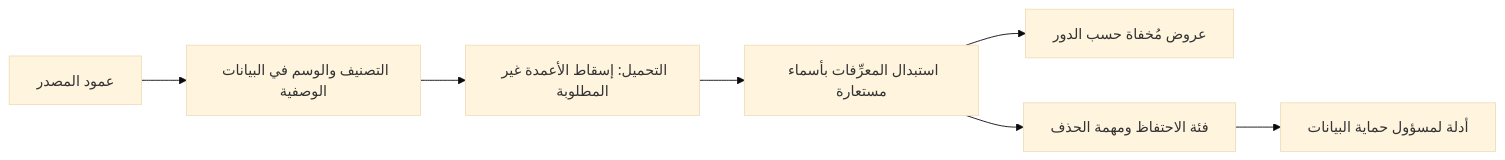
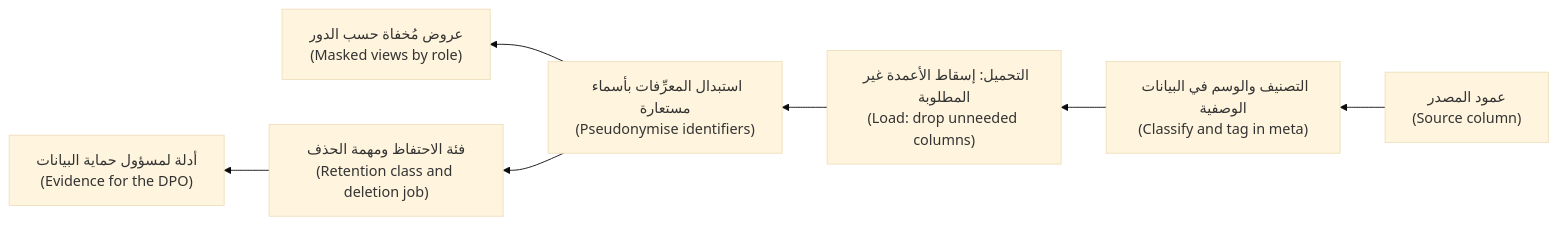
One commit to Tamoura/system-design-for-vibe-coders changed the second of 3 diagrams in data/modules/06-governance.ar.md. Above: the diagram before and after it, drawn with Mermaid (base theme). The commit also changed other lines of this file and 20 other files, not shown here.

First line of the commit message:
New courses: Arabic diagrams read right-to-left with English labels (modules 0–6)

````diff
--- a/data/modules/06-governance.ar.md
+++ b/data/modules/06-governance.ar.md
@@ -424,9 +424,9 @@
 ```mermaid
-flowchart LR
-    A["عمود المصدر"] --> B["التصنيف والوسم في البيانات الوصفية"]
-    B --> C["التحميل: إسقاط الأعمدة غير المطلوبة"]
-    C --> D["استبدال المعرِّفات بأسماء مستعارة"]
-    D --> E["عروض مُخفاة حسب الدور"]
-    D --> F["فئة الاحتفاظ ومهمة الحذف"]
-    F --> G["أدلة لمسؤول حماية البيانات"]
+flowchart RL
+    A["عمود المصدر<br/>(Source column)"] --> B["التصنيف والوسم في البيانات الوصفية<br/>(Classify and tag in meta)"]
+    B --> C["التحميل: إسقاط الأعمدة غير المطلوبة<br/>(Load: drop unneeded columns)"]
+    C --> D["استبدال المعرِّفات بأسماء مستعارة<br/>(Pseudonymise identifiers)"]
+    D --> E["عروض مُخفاة حسب الدور<br/>(Masked views by role)"]
+    D --> F["فئة الاحتفاظ ومهمة الحذف<br/>(Retention class and deletion job)"]
+    F --> G["أدلة لمسؤول حماية البيانات<br/>(Evidence for the DPO)"]
 ```
````
